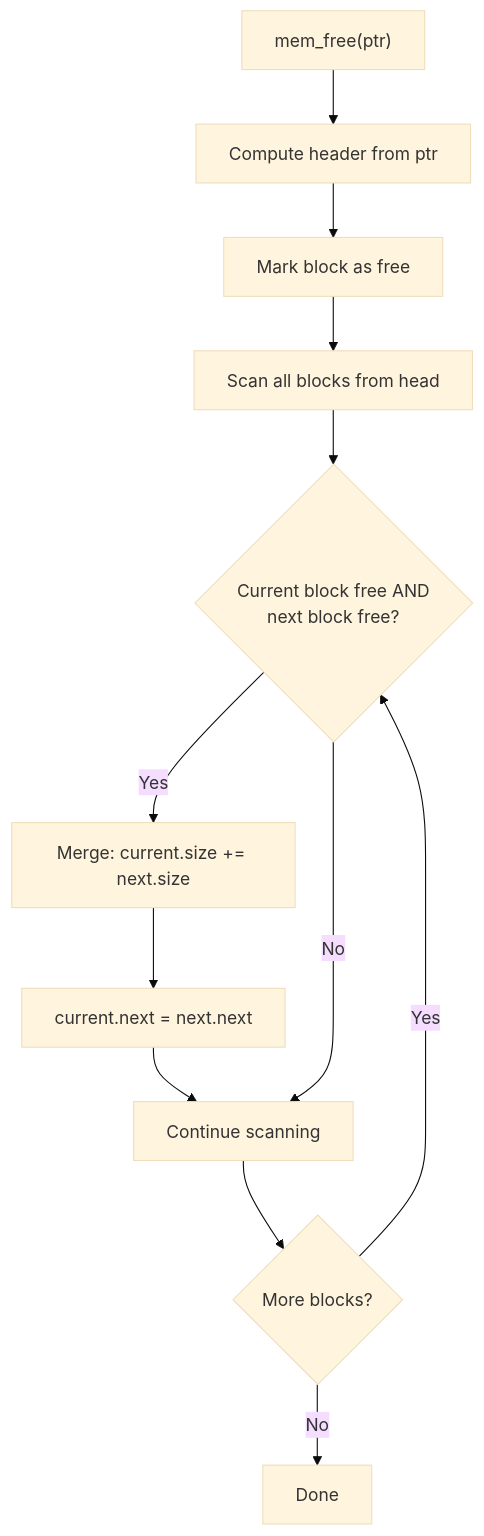
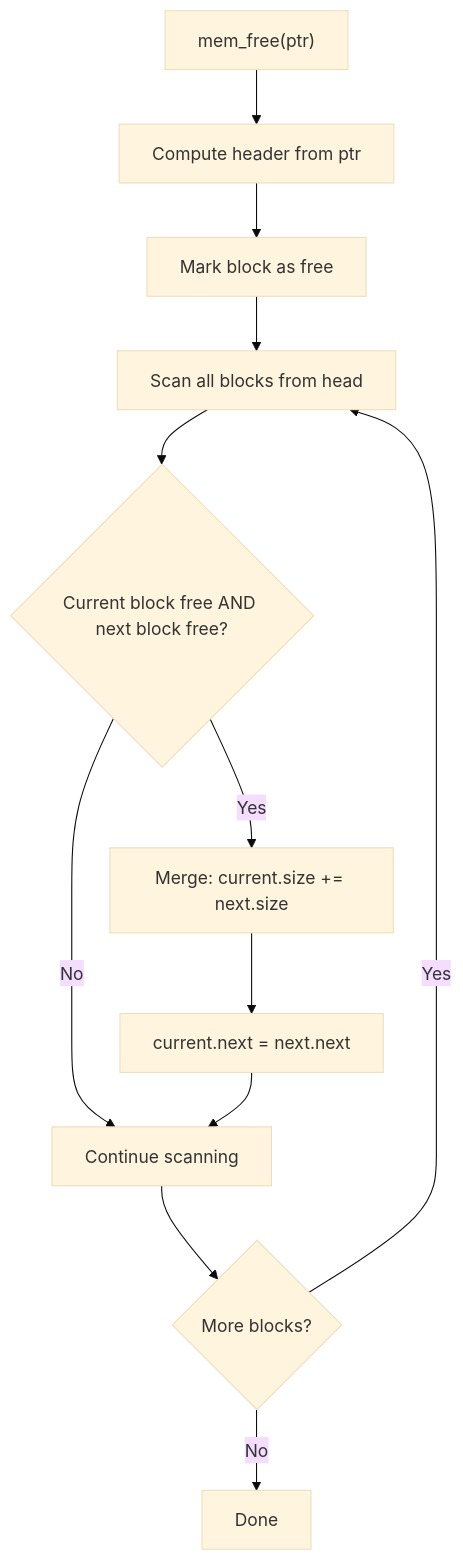
Before and after one commit to Pranay0083/Mini-OS: the third of 3 diagrams in docs/MemoryDesign.md, drawn with Mermaid (base theme). The commit also changed other lines of this file, not shown here.

Commit message:
docs(memory): refactor markdown syntax and format diagrams

````diff
--- a/docs/MemoryDesign.md
+++ b/docs/MemoryDesign.md
@@ -92,14 +121,18 @@
 ```mermaid
 flowchart TD
     A["mem_free(ptr)"] --> B["Compute header from ptr"]
     B --> C["Mark block as free"]
+
     C --> D["Scan all blocks from head"]
-    D --> E{"Current block free AND<br/>next block free?"}
+
+    D --> E{"Current block free AND next block free?"}
     E -->|Yes| F["Merge: current.size += next.size"]
     F --> G["current.next = next.next"]
-    G --> H["Continue scanning"]
-    E -->|No| H
+
+    E -->|No| H["Continue scanning"]
+    G --> H
+
     H --> I{"More blocks?"}
-    I -->|Yes| E
+    I -->|Yes| D
     I -->|No| J["Done"]
 ```
````
